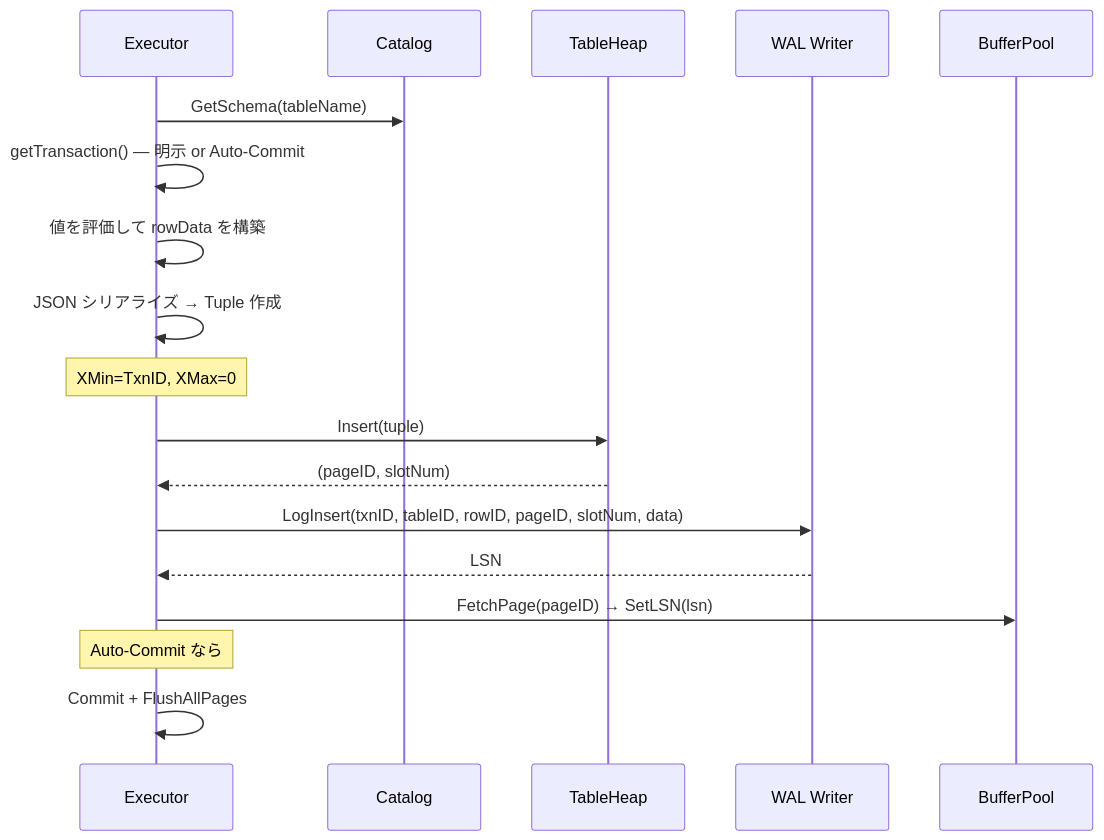
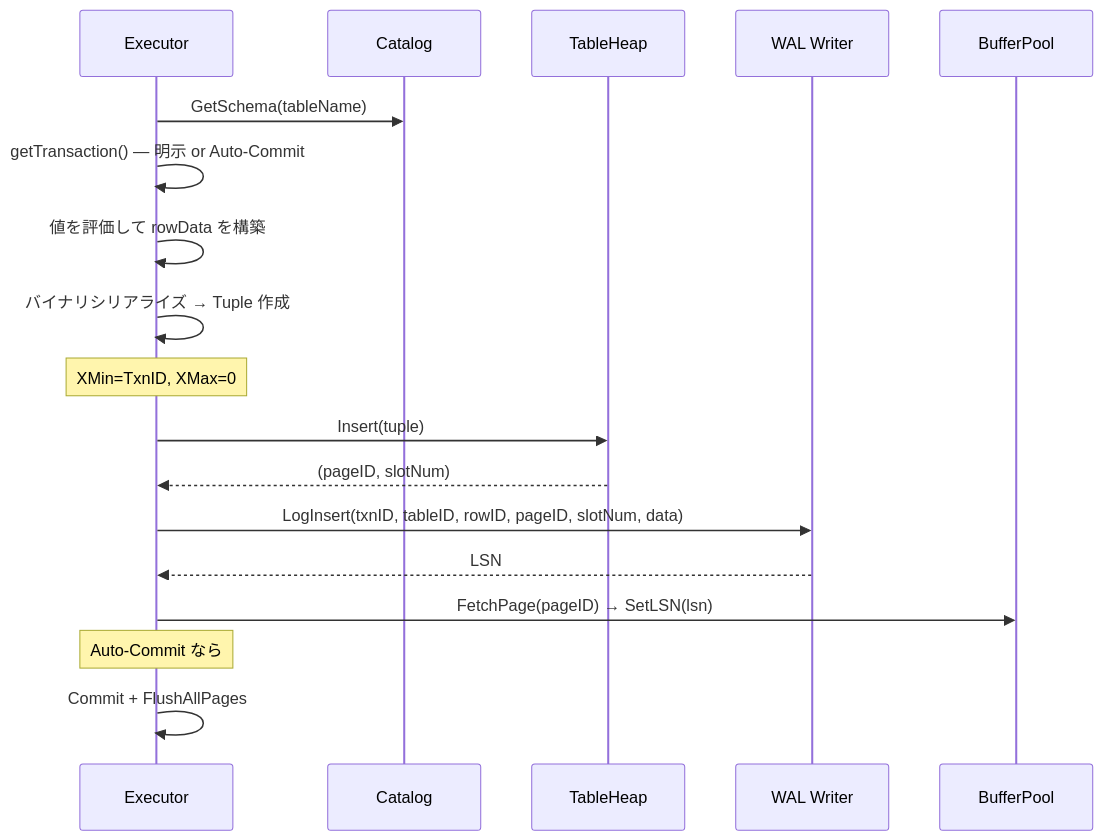
The fourth of 5 diagrams in docs/sql.md (kyosu-1/minidb), drawn with Mermaid before and after one commit. The commit also changed other lines of this file and 1 other file, not shown here.

Commit message:
ドキュメントの行データ形式をJSONからバイナリに修正

````diff
--- a/docs/sql.md
+++ b/docs/sql.md
@@ -151,21 +151,21 @@
 ```mermaid
 sequenceDiagram
     participant E as Executor
     participant C as Catalog
     participant H as TableHeap
     participant W as WAL Writer
     participant BP as BufferPool
 
     E->>C: GetSchema(tableName)
     E->>E: getTransaction() — 明示 or Auto-Commit
     E->>E: 値を評価して rowData を構築
-    E->>E: JSON シリアライズ → Tuple 作成
+    E->>E: バイナリシリアライズ → Tuple 作成
     Note over E: XMin=TxnID, XMax=0
     E->>H: Insert(tuple)
     H-->>E: (pageID, slotNum)
     E->>W: LogInsert(txnID, tableID, rowID, pageID, slotNum, data)
     W-->>E: LSN
     E->>BP: FetchPage(pageID) → SetLSN(lsn)
     Note over E: Auto-Commit なら
     E->>E: Commit + FlushAllPages
 ```
````
